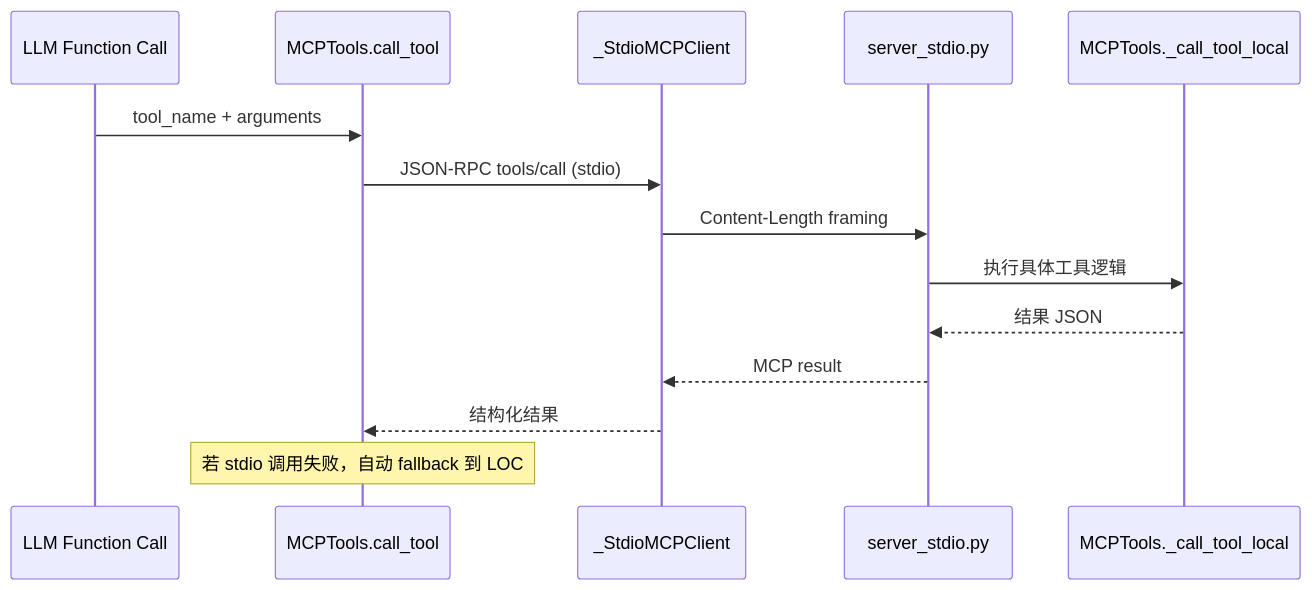
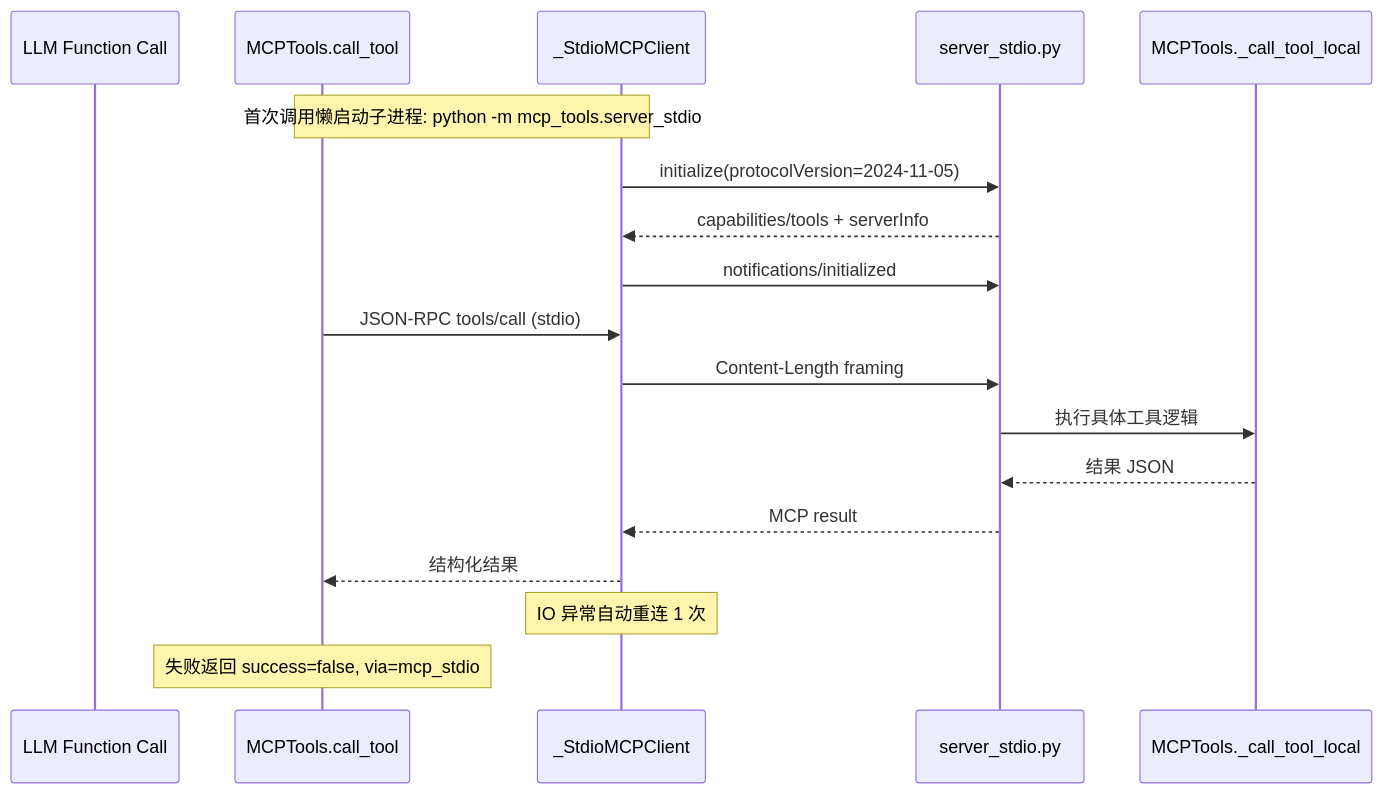
Before and after one commit to Eric-he-cn/course-pilot: the fourth of 5 diagrams in docs/ARCHITECTURE.md, drawn with Mermaid. The commit also changed other lines of this file and 8 other files, not shown here.

Commit message:
Implement strict stdio MCP path and update docs/tests

````diff
--- a/docs/ARCHITECTURE.md
+++ b/docs/ARCHITECTURE.md
@@ -147,17 +147,21 @@
 ```mermaid
 sequenceDiagram
     participant LLM as LLM Function Call
     participant CLI as MCPTools.call_tool
     participant MCPC as _StdioMCPClient
     participant MCPS as server_stdio.py
     participant LOC as MCPTools._call_tool_local
 
-    LLM->>CLI: tool_name + arguments
+    Note over CLI,MCPC: 首次调用懒启动子进程: python -m mcp_tools.server_stdio
+    MCPC->>MCPS: initialize(protocolVersion=2024-11-05)
+    MCPS-->>MCPC: capabilities/tools + serverInfo
+    MCPC->>MCPS: notifications/initialized
     CLI->>MCPC: JSON-RPC tools/call (stdio)
     MCPC->>MCPS: Content-Length framing
     MCPS->>LOC: 执行具体工具逻辑
     LOC-->>MCPS: 结果 JSON
     MCPS-->>MCPC: MCP result
     MCPC-->>CLI: 结构化结果
-    Note over CLI: 若 stdio 调用失败，自动 fallback 到 LOC
+    Note over MCPC: IO 异常自动重连 1 次
+    Note over CLI: 失败返回 success=false, via=mcp_stdio
 ```
````
